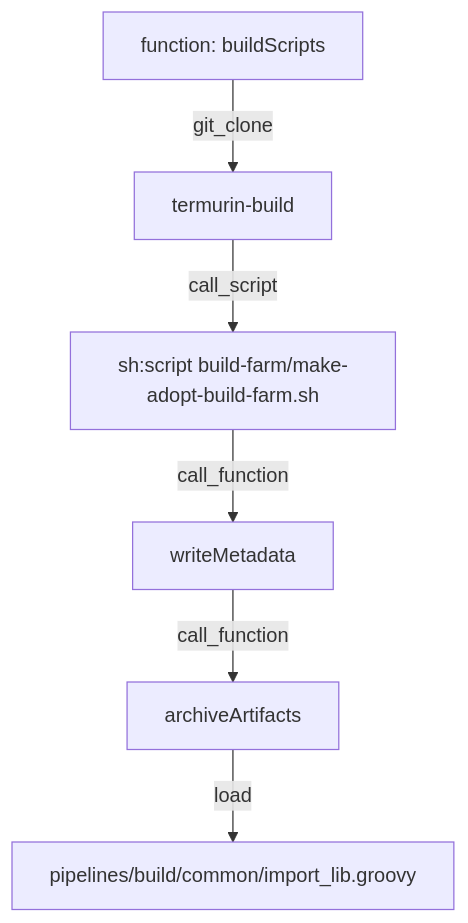
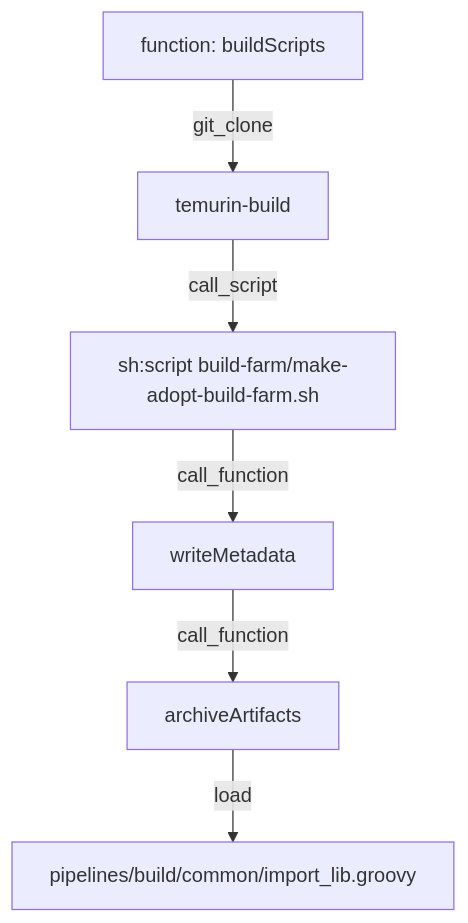
The ninth of 9 diagrams in docs/diagram.md (adoptium/ci-jenkins-pipelines), drawn with Mermaid before and after one commit.

````diff
--- a/docs/diagram.md
+++ b/docs/diagram.md
@@ -117,6 +117,6 @@
  ```mermaid
 flowchart TD 
-CallbuildScript[function: buildScripts] --git_clone--> checkout[termurin-build] --call_script -->
+CallbuildScript[function: buildScripts] --git_clone--> checkout[temurin-build] --call_script -->
 script[sh:script build-farm/make-adopt-build-farm.sh] --call_function--> meta[writeMetadata] --call_function -->
 arch[archiveArtifacts] --load --> Load2[pipelines/build/common/import_lib.groovy]
 ```
````
